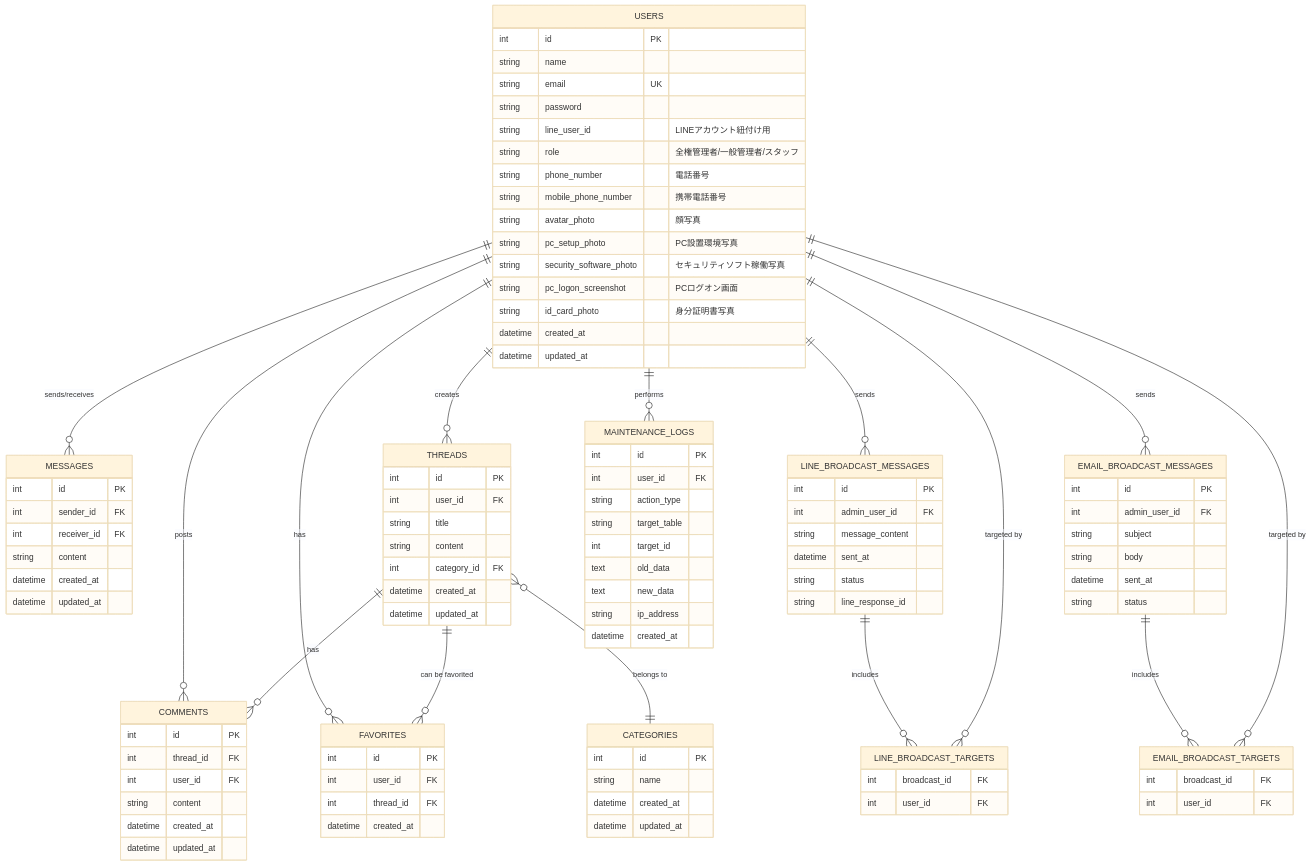
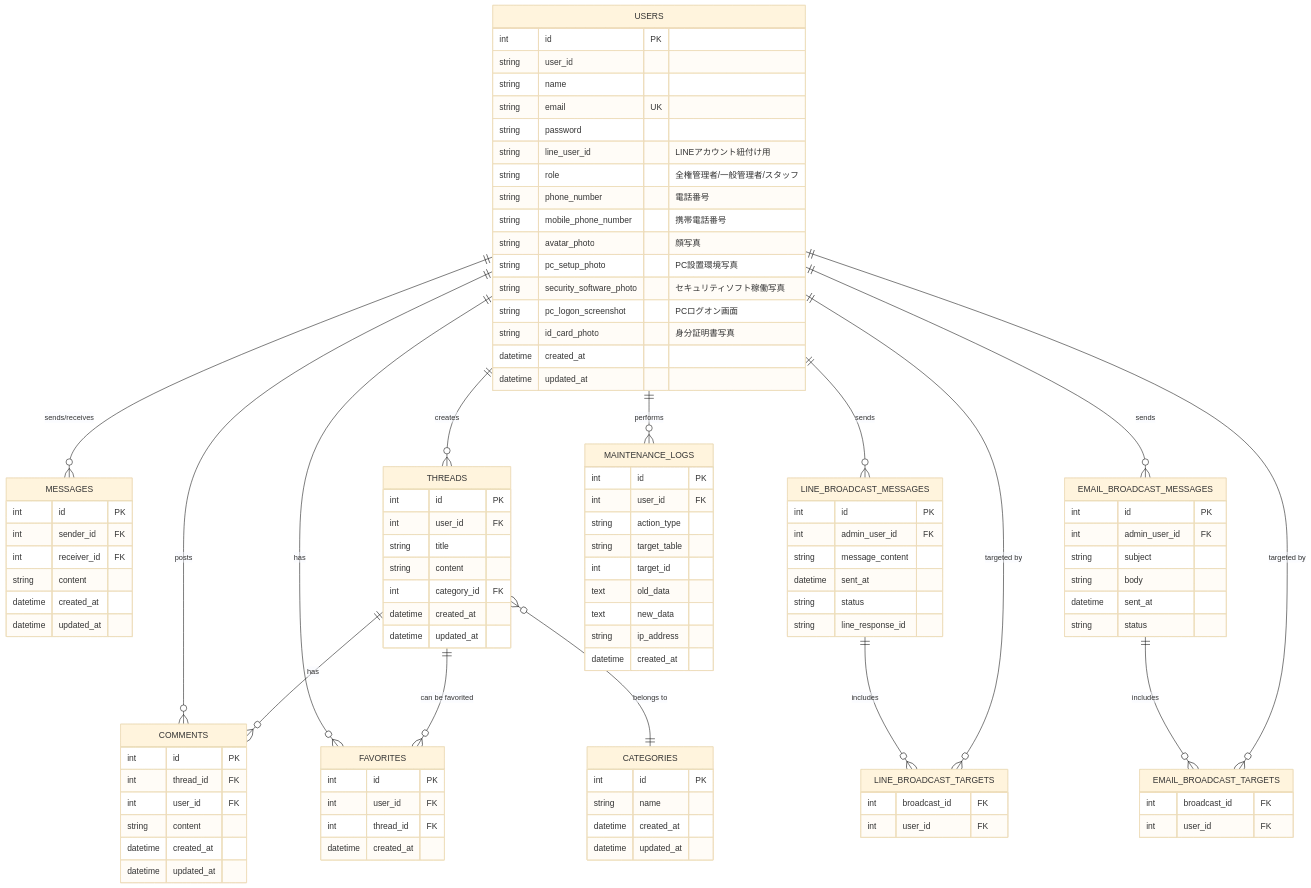
One commit to Hideo0121/SSns.prj changed the diagram in Doc/05_er_diagram.md. Above: the diagram before and after it, drawn with Mermaid (base theme). The commit also changed 1 other file, not shown here.

Commit message:
md brushup 2nd

```diff
--- a/Doc/05_er_diagram.md
+++ b/Doc/05_er_diagram.md
@@ -9,6 +9,7 @@
     %% エンティティ定義
     USERS {
         int id PK
+        string user_id
         string name
         string email UK
         string password
```
